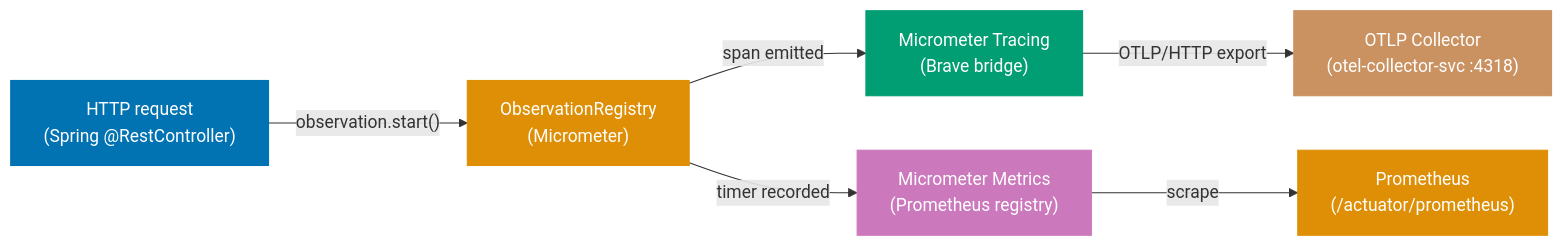
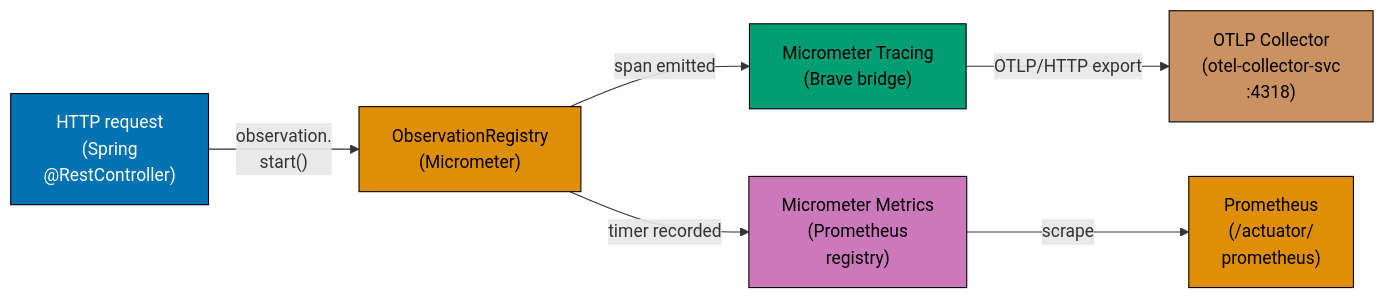
One commit to wahidyankf/ose-public changed the fourth of 5 diagrams in apps/ayokoding-www/content/en/learn/legacy/software-engineering/software-architecture/by-example/cases/in-oop/advanced.md. Above: the diagram before and after it, drawn with Mermaid. The commit also changed other lines of this file and 78 other files, not shown here.

First line of the commit message:
fix(mermaid): bring the remaining legacy software-engineering diagrams onto the accessible palette

````diff
--- a/apps/ayokoding-www/content/en/learn/legacy/software-engineering/software-architecture/by-example/cases/in-oop/advanced.md
+++ b/apps/ayokoding-www/content/en/learn/legacy/software-engineering/software-architecture/by-example/cases/in-oop/advanced.md
@@ -4829,21 +4837,24 @@
 ```mermaid
 flowchart LR
-    req["HTTP request\n(Spring @RestController)"]:::blue
-    obs["ObservationRegistry\n(Micrometer)"]:::orange
-    trace["Micrometer Tracing\n(Brave bridge)"]:::teal
-    metrics["Micrometer Metrics\n(Prometheus registry)"]:::purple
-    otlp["OTLP Collector\n(otel-collector-svc :4318)"]:::brown
-    prom["Prometheus\n(/actuator/prometheus)"]:::orange
+    accTitle: Extend apps/procurement-platform-be/deploy/k8s/configmap.yaml with observability keys
+    accDescr: Flowchart with 6 nodes and 5 connections. Nodes: HTTP request (Spring @RestController), ObservationRegistry (Micrometer), Micrometer Tracing (Brave bridge), Micrometer Metrics (Prometheus registry), OTLP Collector (otel-collector-svc :4318), Prometheus (/actuator/ prometheus). Connections: HTTP request (Spring @RestController) to ObservationRegistry (Micrometer) (observation. start()), ObservationRegistry (Micrometer) to Micrometer Tracing (Brave bridge) (span emitted), ObservationRegistry (Micrometer) to Micrometer Metrics (Prometheus registry) (timer recorded), Micrometer Tracing (Brave bridge) to OTLP Collector (otel-collector-svc :4318) (OTLP/HTTP export), Micrometer Metrics (Prometheus registry) to Prometheus (/actuator/ prometheus) (scrape).
+    req["HTTP request<br/>(Spring<br/>@RestController)"]:::blue
+    obs["ObservationRegistry<br/>(Micrometer)"]:::orange
+    trace["Micrometer Tracing<br/>(Brave bridge)"]:::teal
+    metrics["Micrometer Metrics<br/>(Prometheus<br/>registry)"]:::purple
+    otlp["OTLP Collector<br/>(otel-collector-svc<br/>:4318)"]:::brown
+    prom["Prometheus<br/>(/actuator/<br/>prometheus)"]:::orange
 
-    req -->|"observation.start()"| obs
+    req -->|"observation.<br/>start()"| obs
     obs -->|"span emitted"| trace
     obs -->|"timer recorded"| metrics
     trace -->|"OTLP/HTTP export"| otlp
     metrics -->|"scrape"| prom
 
-    classDef blue fill:#0173B2,color:#fff,stroke:#0173B2
-    classDef orange fill:#DE8F05,color:#fff,stroke:#DE8F05
-    classDef teal fill:#029E73,color:#fff,stroke:#029E73
-    classDef purple fill:#CC78BC,color:#fff,stroke:#CC78BC
-    classDef brown fill:#CA9161,color:#fff,stroke:#CA9161
+    classDef blue fill:#0173B2,color:#FFFFFF,stroke:#000000
+    classDef orange fill:#DE8F05,color:#000000,stroke:#000000
+    classDef teal fill:#029E73,color:#000000,stroke:#000000
+    classDef purple fill:#CC78BC,color:#000000,stroke:#000000
+    classDef brown fill:#CA9161,color:#000000,stroke:#000000
+    classDef default fill:#FFFFFF,stroke:#000000,color:#000000
 ```
````
